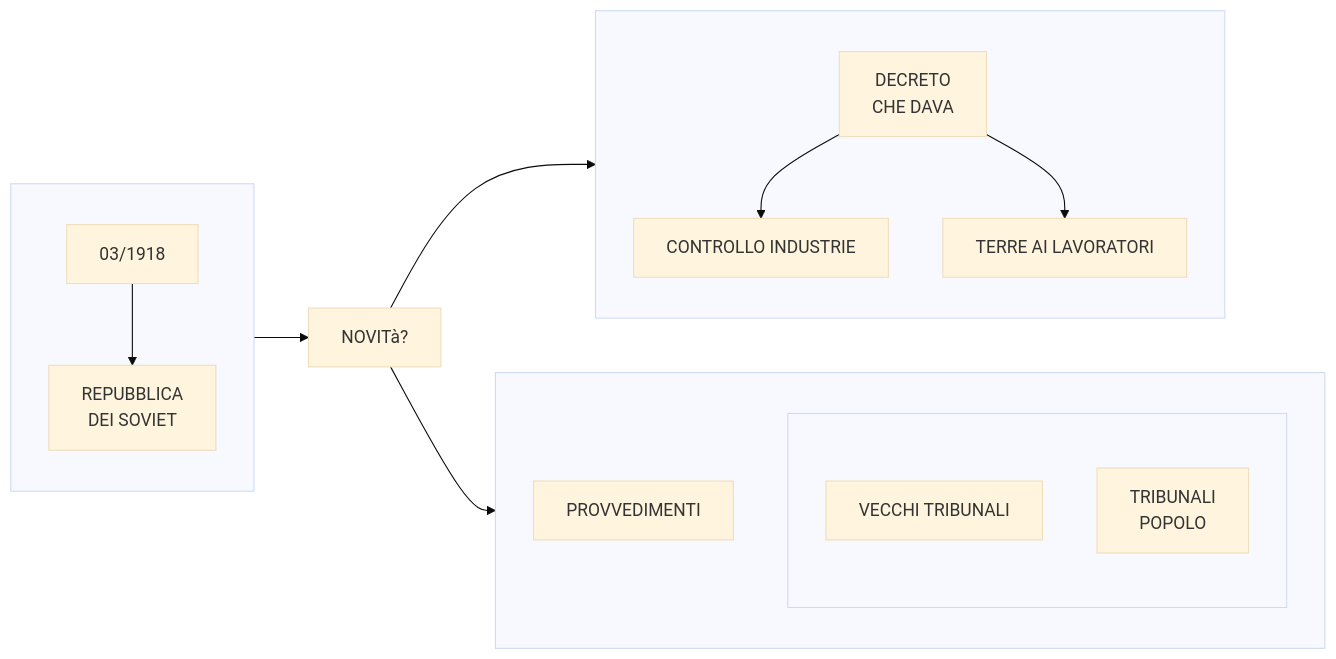
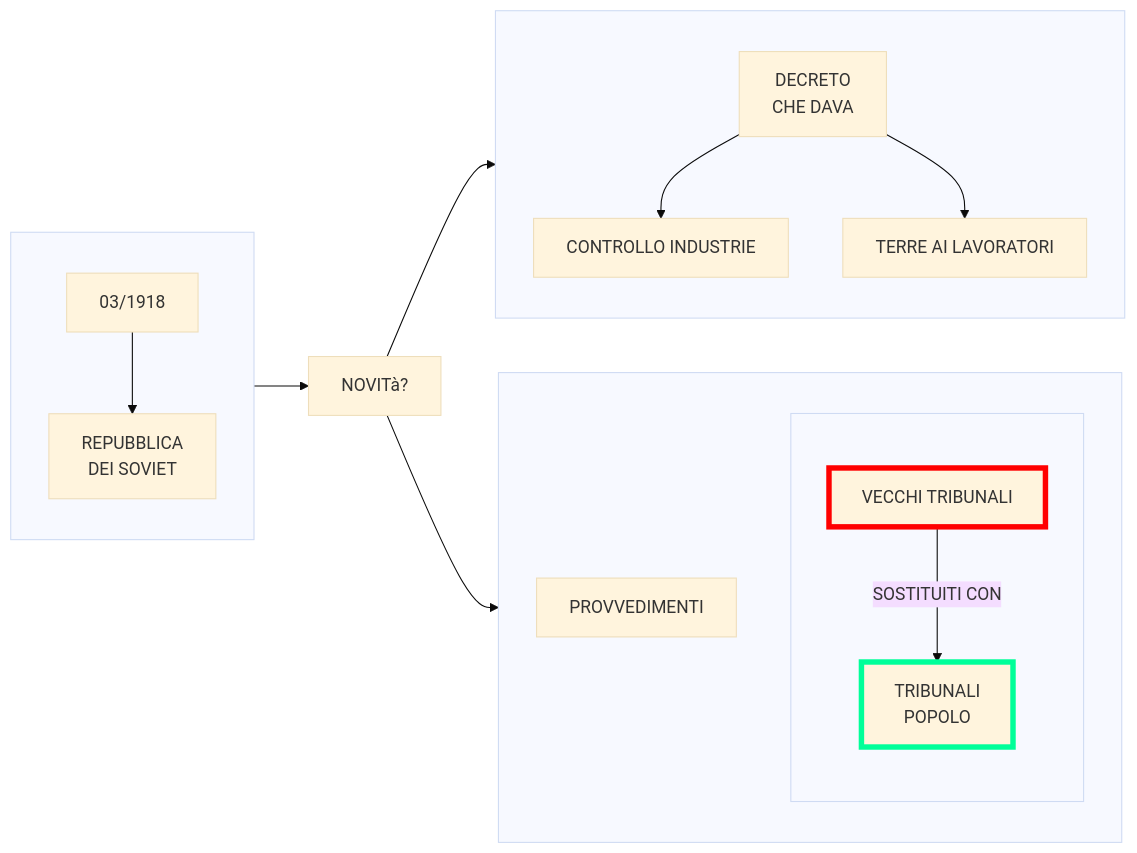
Before and after one commit to Laaouatni/ricerca-storia-MermaidJS: the fourth of 4 diagrams in stalinismo.md, drawn with Mermaid (base theme).

````diff
--- a/stalinismo.md
+++ b/stalinismo.md
@@ -118,23 +118,26 @@
 ```mermaid
 flowchart LR
     subgraph 0[" "]
         00[03/1918] -->
         000[REPUBBLICA <br> DEI SOVIET]
     end
     01[NOVITà?]
     subgraph 013[" "]
         direction TB;
         010[DECRETO <br> CHE DAVA]
         011[CONTROLLO INDUSTRIE]
         012[TERRE AI LAVORATORI]
         010 --> 011 & 012
     end
     subgraph 014[" "]
         1[PROVVEDIMENTI]
         subgraph 10[" "]
             100[VECCHI TRIBUNALI]
+            style 100 stroke:#ff0000, stroke-width:5px;
             101[TRIBUNALI <br> POPOLO]
+            style 101 stroke:#00ff99, stroke-width:5px;
+            100 -->|SOSTITUITI CON| 101
         end
     end
     0 --> 01 --> 013 & 014
 ```
````
